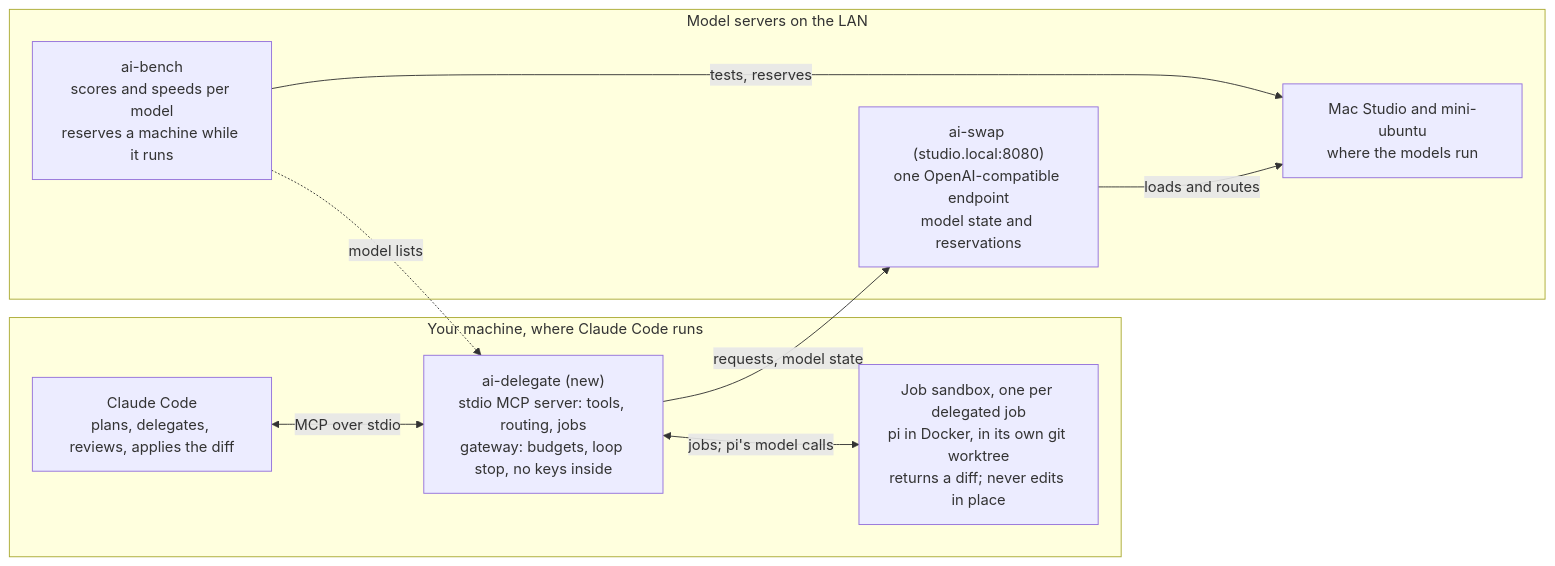
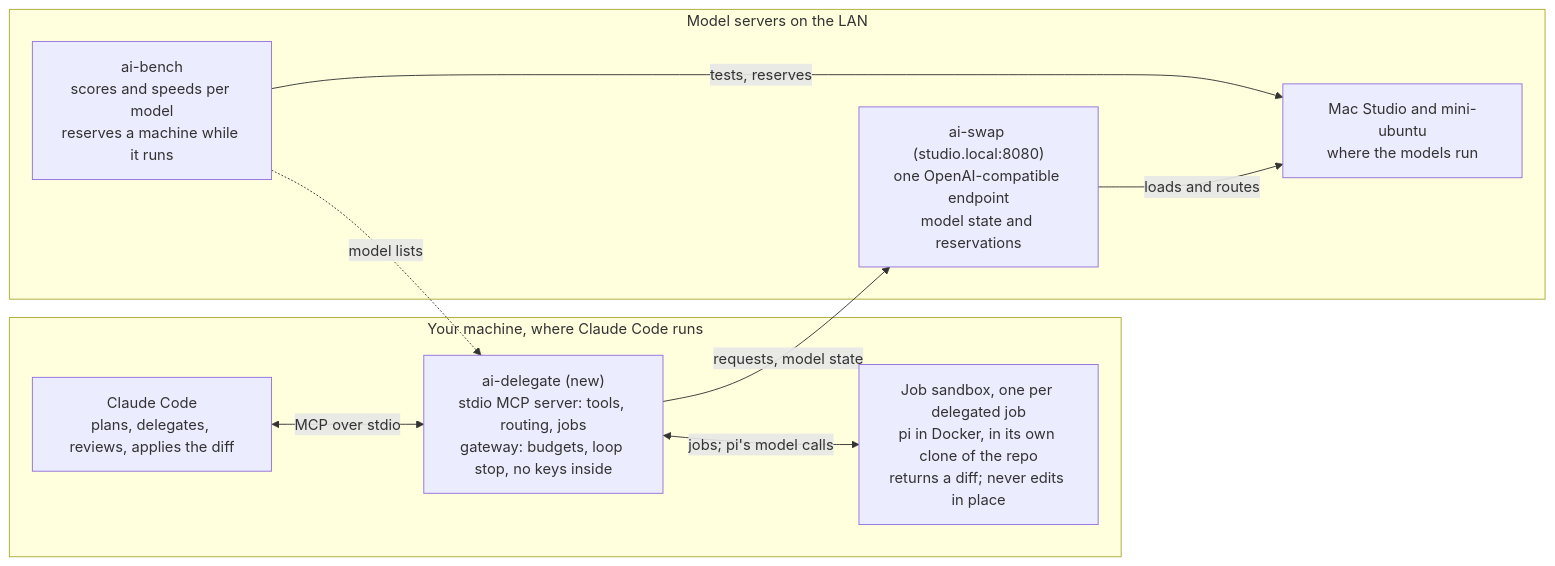
Before and after one commit to hofftodd/ai-delegate: the diagram in DESIGN.md, drawn with Mermaid. The commit also changed other lines of this file and 32 other files, not shown here.

````diff
--- a/DESIGN.md
+++ b/DESIGN.md
@@ -48,19 +49,19 @@
 ```mermaid
 flowchart LR
     subgraph local["Your machine, where Claude Code runs"]
         cc["Claude Code<br/>plans, delegates, reviews, applies the diff"]
         ad["ai-delegate (new)<br/>stdio MCP server: tools, routing, jobs<br/>gateway: budgets, loop stop, no keys inside"]
-        sb["Job sandbox, one per delegated job<br/>pi in Docker, in its own git worktree<br/>returns a diff; never edits in place"]
+        sb["Job sandbox, one per delegated job<br/>pi in Docker, in its own clone of the repo<br/>returns a diff; never edits in place"]
         cc <-->|MCP over stdio| ad
         ad <-->|jobs; pi's model calls| sb
     end
     subgraph lan["Model servers on the LAN"]
         sw["ai-swap (studio.local:8080)<br/>one OpenAI-compatible endpoint<br/>model state and reservations"]
         m["Mac Studio and mini-ubuntu<br/>where the models run"]
         b["ai-bench<br/>scores and speeds per model<br/>reserves a machine while it runs"]
         sw -->|loads and routes| m
         b -->|tests, reserves| m
     end
     ad -->|requests, model state| sw
     b -.->|model lists| ad
 ```
````
